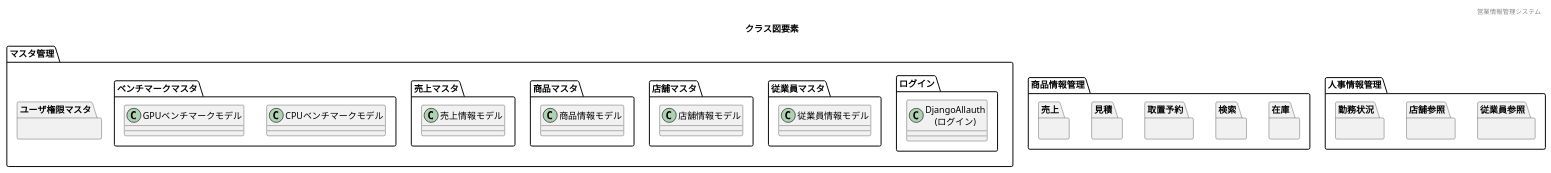
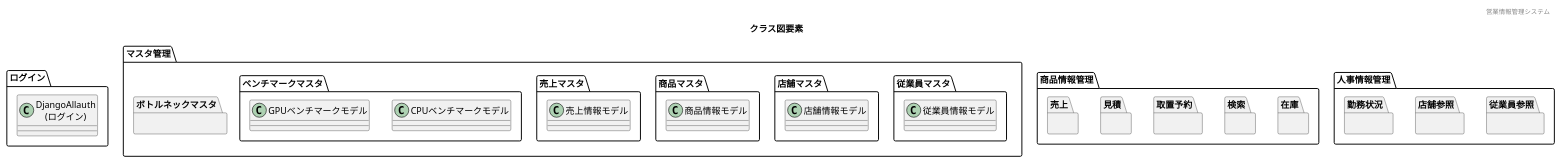
The diagram in 各種設計書/5クラス図/クラス図テンプレ.plantuml (HaruShim/Sotuken), drawn with PlantUML before and after one commit. The commit also changed 21 other files, not shown here.

```diff
--- a/各種設計書/5クラス図/クラス図テンプレ.plantuml
+++ b/各種設計書/5クラス図/クラス図テンプレ.plantuml
@@ -9,91 +9,92 @@
 @startuml class_diagrams
 ' ヘッダー
 header 営業情報管理システム
 ' タイトル
 title クラス図要素
 
+' 機能名 ログイン
+' 機能ID F00
+package "ログイン" as F00{
+  class "DjangoAllauth\n(ログイン)" as djangoallauth{
+  }
+}
+
 
 package "マスタ管理" as mastermana {
-  ' 機能名 ログイン
-  ' 機能ID F00
-  package "ログイン" as F00{
-    class "DjangoAllauth\n(ログイン)" as djangoallauth{
-    }
-  }
 
   ' 機能名 従業員マスタ
   ' 機能ID F01
   package "従業員マスタ" as F01{
     class "(従業員情報モデル)" {}
   }
 
   ' 機能名 店舗マスタ
   ' 機能ID F02
   package "店舗マスタ" as F02{
     class "(店舗情報モデル)" {}
   }
 
   ' 機能名 商品マスタ
   ' 機能ID F03
   package "商品マスタ" as F03{
     class "(商品情報モデル)" {}
   }
   
   ' 機能名 売上マスタ
   ' 機能ID F04
   package "売上マスタ" as F04{
     class "(売上情報モデル)" {}
   }
   
   ' 機能名 ベンチマークマスタ
   ' 機能ID F05
   package "ベンチマークマスタ" as M05{
     class "(CPUベンチマークモデル)" {}
     class "(GPUベンチマークモデル)"
   }
   
-  ' 機能名 ユーザ権限マスタ
+  ' 機能名 ボトルネックマスタ
   ' 機能ID F06
-  package "ユーザ権限マスタ" {}
+  package "ボトルネックマスタ" {}
 
 }
 
 package "商品情報管理" {
   ' 機能名 在庫
   ' 機能ID F07
   package "在庫" {}
   
   ' 機能名 検索
   ' 機能ID F08
   package "検索" {}
   
   ' 機能名 取置予約
   ' 機能ID F09
   package "取置予約" {}
   
   ' 機能名 見積
   ' 機能ID F10
   package "見積" {}
   
   ' 機能名 売上
   ' 機能ID F11
   package "売上" {}
 }
 
 package "人事情報管理" {
   ' 機能名 従業員参照
   ' 機能ID F12
   package "従業員参照" {}
   
   ' 機能名 店舗参照
   ' 機能ID F13
   package "店舗参照" {}
   
   ' 機能名 勤務状況
   ' 機能ID F14
   package "勤務状況" {}
 }
 
 
 
 @enduml
```
